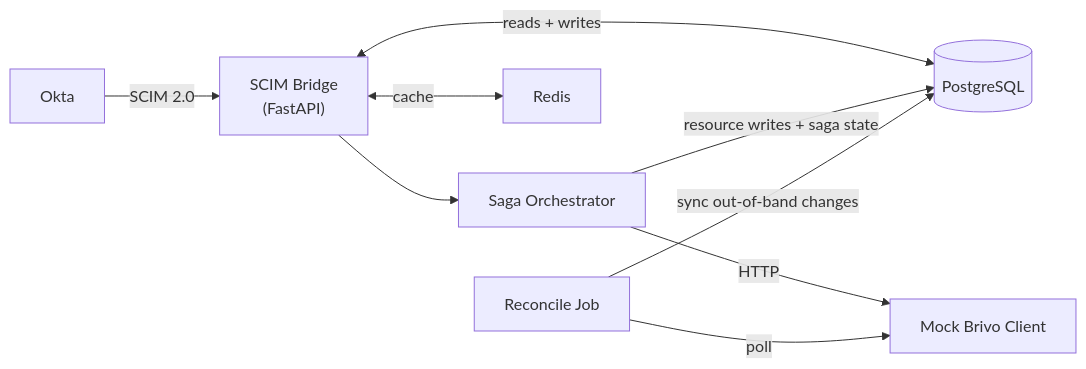
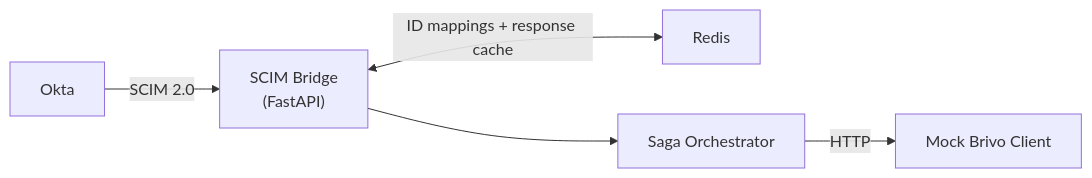
One commit to niconisoria/scim-bridge changed the diagram in docs/architecture.md. Above: the diagram before and after it, drawn with Mermaid. The commit also changed other lines of this file and 8 other files, not shown here.

First line of the commit message:
docs: migrate architecture from PostgreSQL to Brivo-as-source-of-truth

````diff
--- a/docs/architecture.md
+++ b/docs/architecture.md
@@ -8,11 +8,7 @@
 ```mermaid
 flowchart LR
     Okta -->|SCIM 2.0| Bridge["SCIM Bridge\n(FastAPI)"]
-    Bridge <-->|reads + writes| DB[(PostgreSQL)]
+    Bridge <-->|ID mappings + response cache| Redis
     Bridge --> Saga["Saga Orchestrator"]
     Saga -->|HTTP| Brivo["Mock Brivo Client"]
-    Saga -->|resource writes + saga state| DB
-    Bridge <-->|cache| Redis
-    Recon["Reconcile Job"] -->|poll| Brivo
-    Recon -->|sync out-of-band changes| DB
 ```
````
